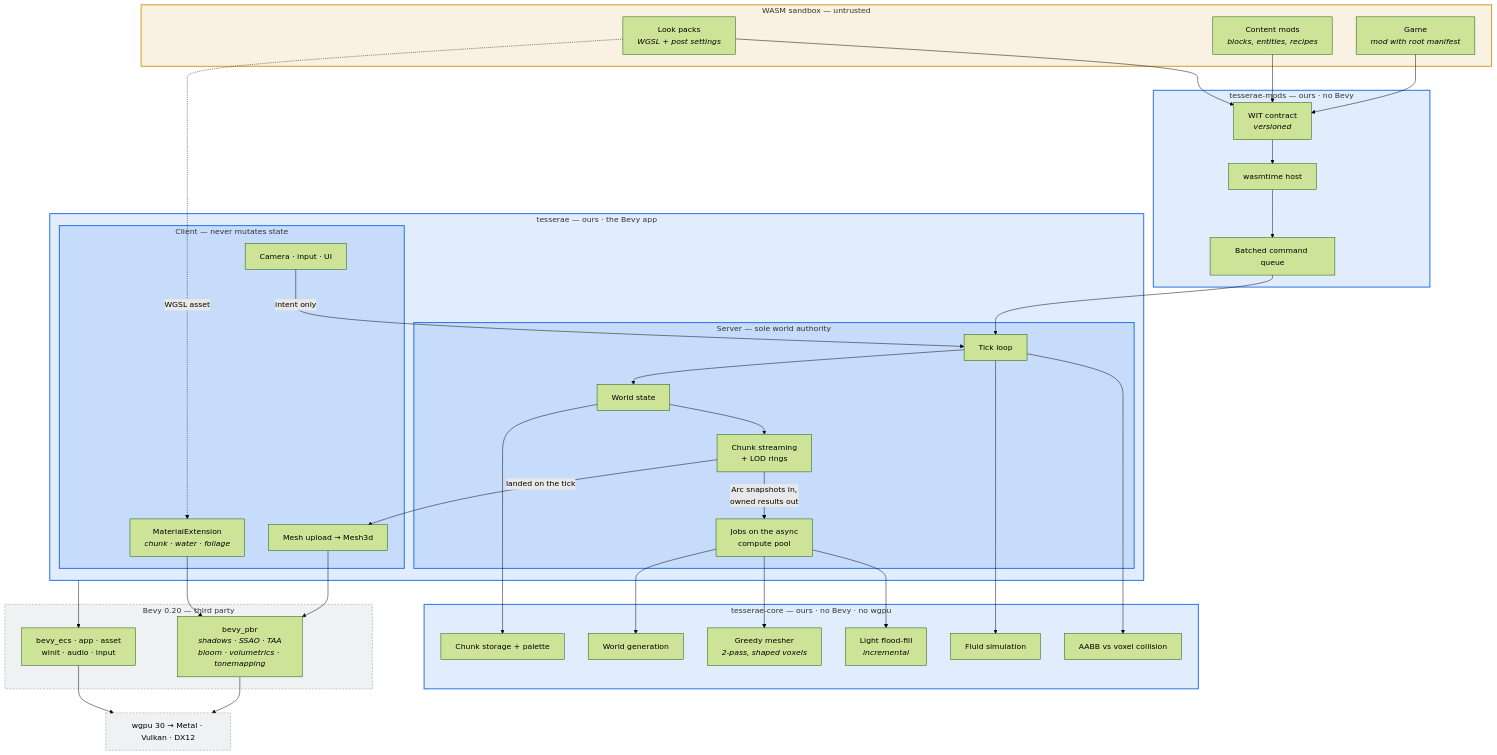
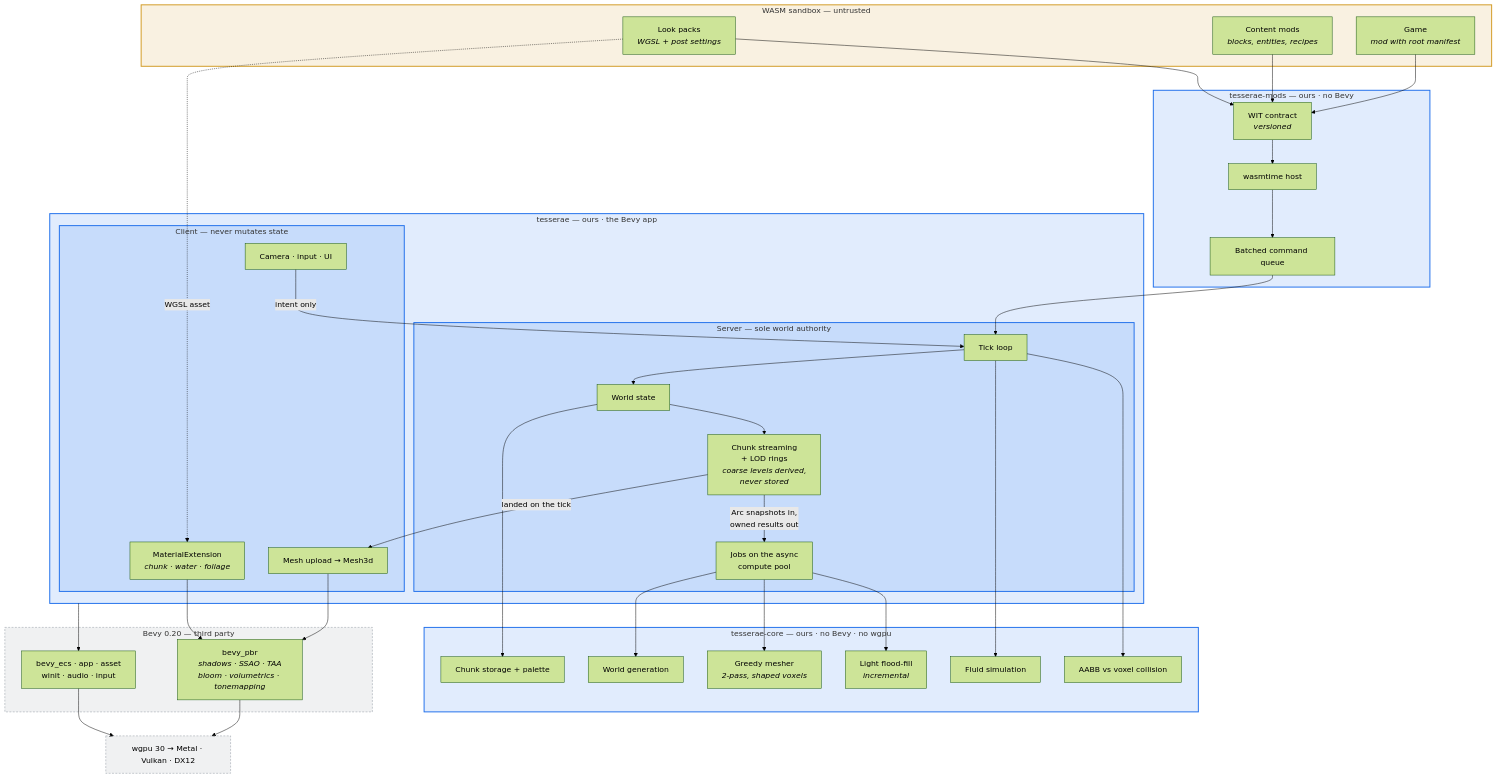
One commit to mkappworks-dev/tesserae changed the diagram in docs/architecture.md. Above: the diagram before and after it, drawn with Mermaid (forest theme). The commit also changed other lines of this file and 36 other files, not shown here.

````diff
--- a/docs/architecture.md
+++ b/docs/architecture.md
@@ -6,74 +6,74 @@
 ```mermaid
 flowchart TB
     subgraph SANDBOX["WASM sandbox — untrusted"]
         GAME["Game<br/><i>mod with root manifest</i>"]
         MOD["Content mods<br/><i>blocks, entities, recipes</i>"]
         LOOK["Look packs<br/><i>WGSL + post settings</i>"]
     end
 
     subgraph MODS["tesserae-mods — ours · no Bevy"]
         WIT["WIT contract<br/><i>versioned</i>"]
         HOST["wasmtime host"]
         QUEUE["Batched command queue"]
     end
 
     subgraph APP["tesserae — ours · the Bevy app"]
         subgraph SRV["Server — sole world authority"]
             TICK["Tick loop"]
             STATE["World state"]
-            STREAM["Chunk streaming<br/>+ LOD rings"]
+            STREAM["Chunk streaming<br/>+ LOD rings<br/><i>coarse levels derived,<br/>never stored</i>"]
             JOBS["Jobs on the async<br/>compute pool"]
         end
         subgraph CLI["Client — never mutates state"]
             INTENT["Camera · input · UI"]
             UPLOAD["Mesh upload → Mesh3d"]
             MATEXT["MaterialExtension<br/><i>chunk · water · foliage</i>"]
         end
     end
 
     subgraph CORE["tesserae-core — ours · no Bevy · no wgpu"]
         STORE["Chunk storage + palette"]
         GEN["World generation"]
         MESHER["Greedy mesher<br/><i>2-pass, shaped voxels</i>"]
         LIGHT["Light flood-fill<br/><i>incremental</i>"]
         FLUID["Fluid simulation"]
         COLL["AABB vs voxel collision"]
     end
 
     subgraph BEVY["Bevy 0.20 — third party"]
         ECS["bevy_ecs · app · asset<br/>winit · audio · input"]
         PBR["bevy_pbr<br/><i>shadows · SSAO · TAA<br/>bloom · volumetrics · tonemapping</i>"]
     end
 
     GPU["wgpu 30 → Metal · Vulkan · DX12"]
 
     GAME --> WIT
     MOD --> WIT
     LOOK --> WIT
     WIT --> HOST --> QUEUE --> TICK
 
     INTENT -- intent only --> TICK
     TICK --> STATE --> STREAM
     STREAM -- "Arc snapshots in,<br/>owned results out" --> JOBS
     JOBS --> GEN
     JOBS --> LIGHT
     TICK --> FLUID
     TICK --> COLL
     STATE --> STORE
     JOBS --> MESHER
     STREAM -- "landed on the tick" --> UPLOAD
 
     LOOK -. WGSL asset .-> MATEXT
     UPLOAD --> PBR
     MATEXT --> PBR
     APP --> ECS
     PBR --> GPU
     ECS --> GPU
 
     classDef ours fill:#1f6feb22,stroke:#1f6feb,stroke-width:2px
     classDef third fill:#8b949e22,stroke:#8b949e,stroke-width:1px,stroke-dasharray:4 3
     classDef untrusted fill:#d2992222,stroke:#d29922,stroke-width:2px
     class MODS,APP,CORE,SRV,CLI ours
     class BEVY,GPU third
     class SANDBOX untrusted
 ```
````
